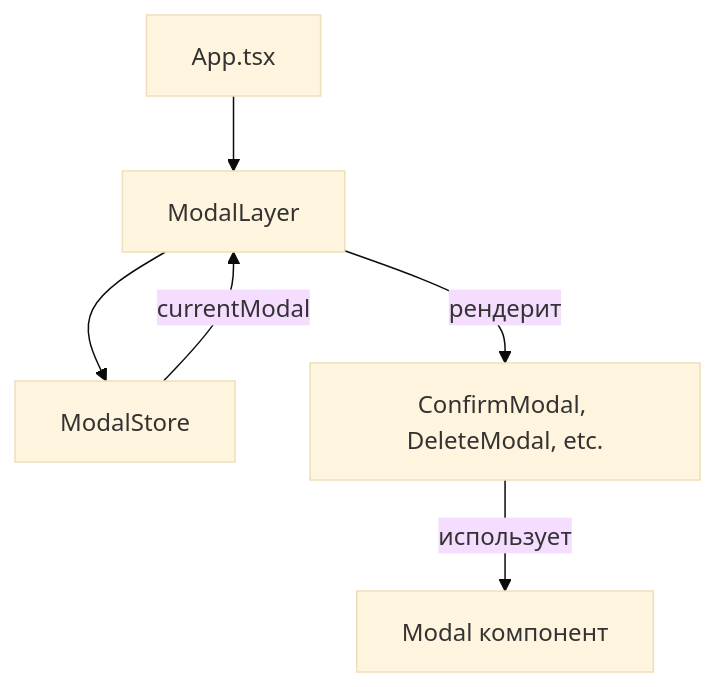
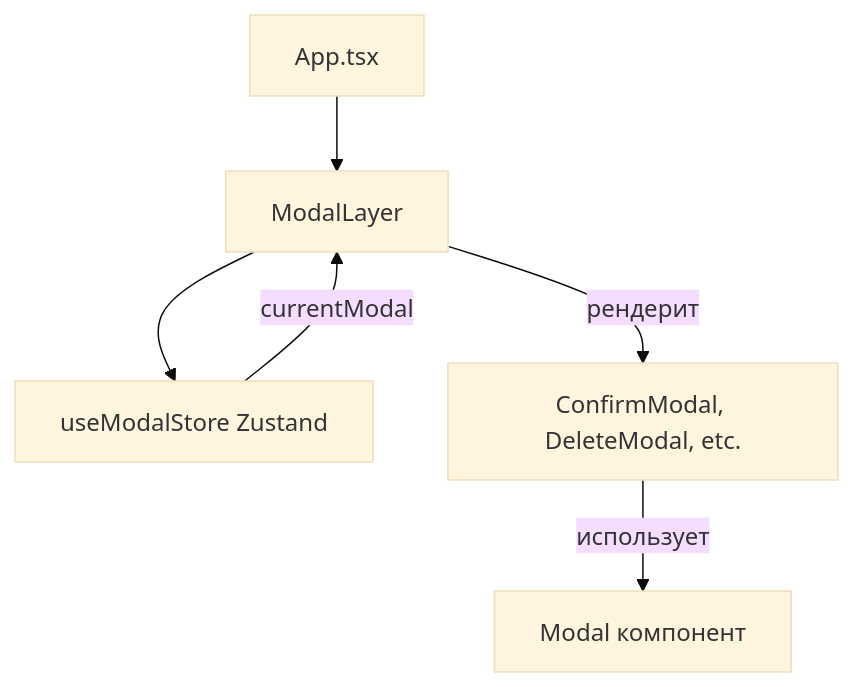
Before and after one commit to Mayr-Katarn/nx-react-architecture: the diagram in apps/web-app/docs/modal-system.md, drawn with Mermaid (base theme). The commit also changed other lines of this file and 10 other files, not shown here.

````diff
--- a/apps/web-app/docs/modal-system.md
+++ b/apps/web-app/docs/modal-system.md
@@ -7,8 +7,8 @@
 ```mermaid
 flowchart TB
     App[App.tsx] --> ModalLayer
-    ModalLayer --> ModalStore
-    ModalStore --> |currentModal| ModalLayer
+    ModalLayer --> ZustandStore[useModalStore Zustand]
+    ZustandStore --> |currentModal| ModalLayer
     ModalLayer --> |рендерит| CustomModal[ConfirmModal, DeleteModal, etc.]
     CustomModal --> |использует| BaseModal[Modal компонент]
 ```
````
